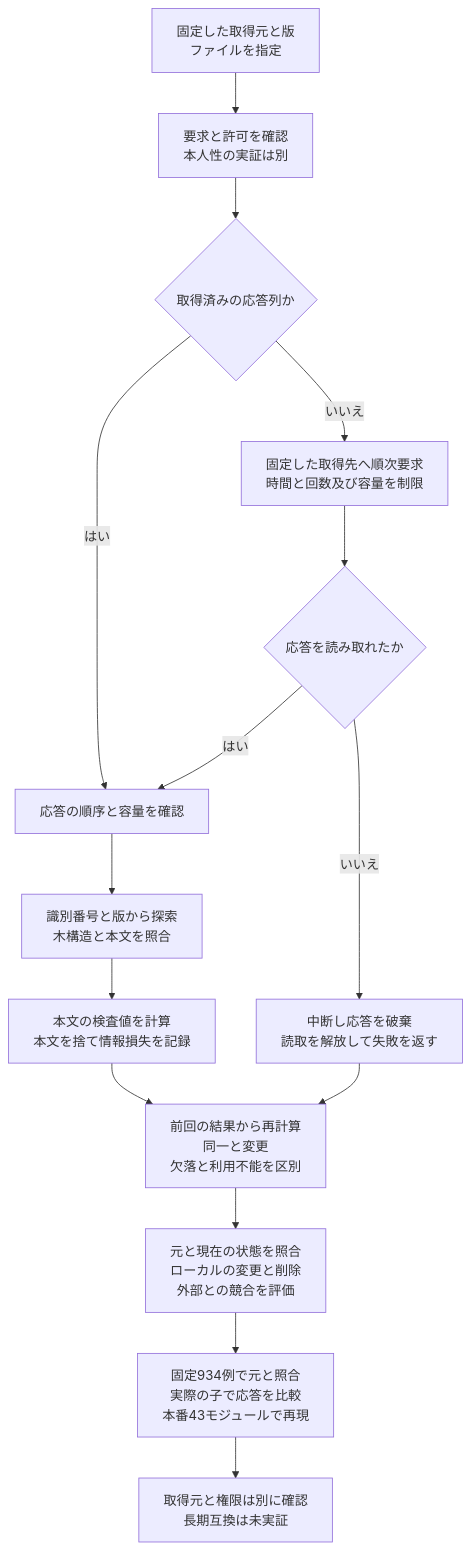
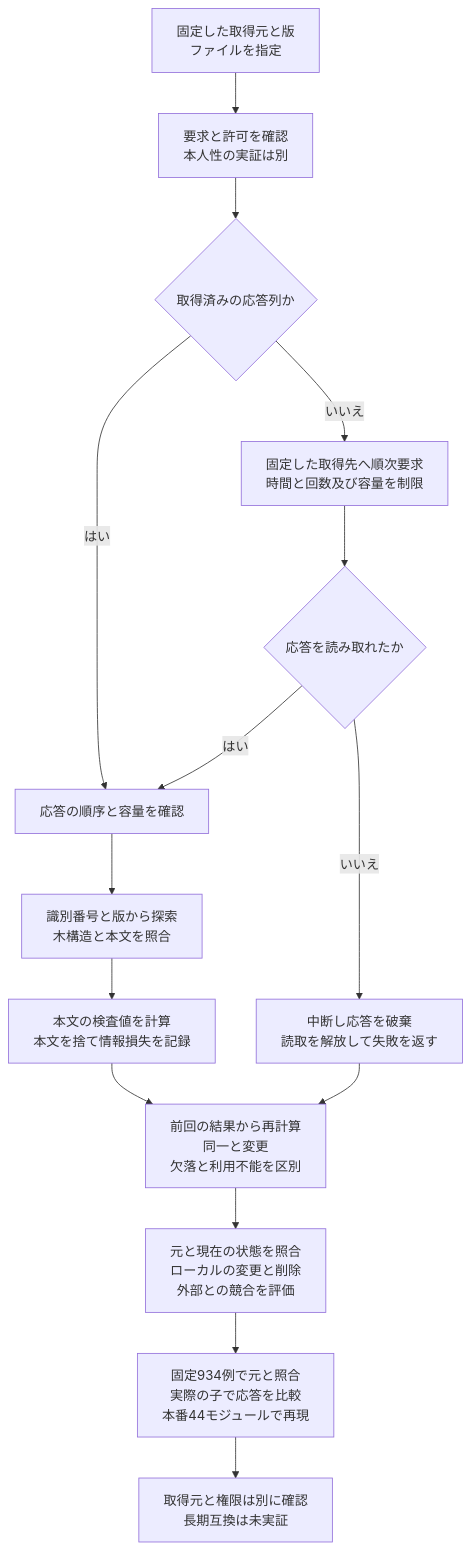
One commit to koukemo/morivyx changed the diagram in docs/diagrams/python-github-import.mmd. Above: the diagram before and after it, drawn with Mermaid. The commit also changed 36 other files, not shown here.

```diff
--- a/docs/diagrams/python-github-import.mmd
+++ b/docs/diagrams/python-github-import.mmd
@@ -1,15 +1,15 @@
 flowchart TD
   A[固定した取得元と版<br/>ファイルを指定] --> B[要求と許可を確認<br/>本人性の実証は別]
   B --> C{取得済みの応答列か}
   C -->|はい| D[応答の順序と容量を確認]
   C -->|いいえ| E[固定した取得先へ順次要求<br/>時間と回数及び容量を制限]
   E --> F{応答を読み取れたか}
   F -->|はい| D
   F -->|いいえ| G[中断し応答を破棄<br/>読取を解放して失敗を返す]
   D --> H[識別番号と版から探索<br/>木構造と本文を照合]
   H --> I[本文の検査値を計算<br/>本文を捨て情報損失を記録]
   I --> J[前回の結果から再計算<br/>同一と変更<br/>欠落と利用不能を区別]
   G --> J
   J --> K[元と現在の状態を照合<br/>ローカルの変更と削除<br/>外部との競合を評価]
-  K --> L[固定934例で元と照合<br/>実際の子で応答を比較<br/>本番43モジュールで再現]
+  K --> L[固定934例で元と照合<br/>実際の子で応答を比較<br/>本番44モジュールで再現]
   L --> M[取得元と権限は別に確認<br/>長期互換は未実証]
```
